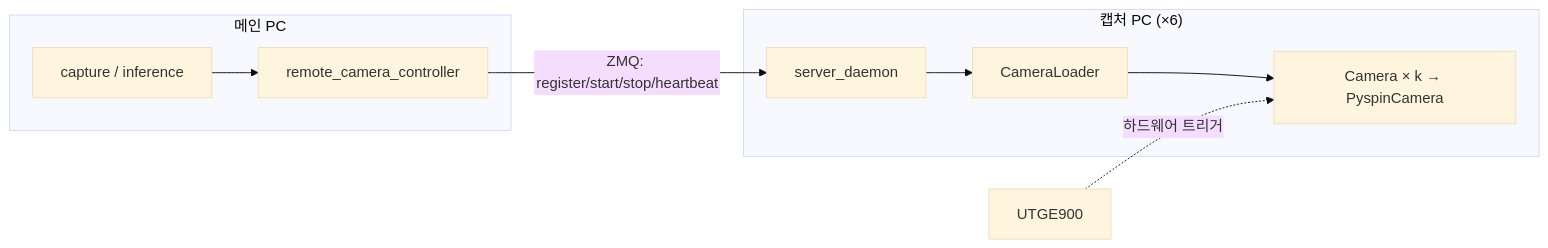
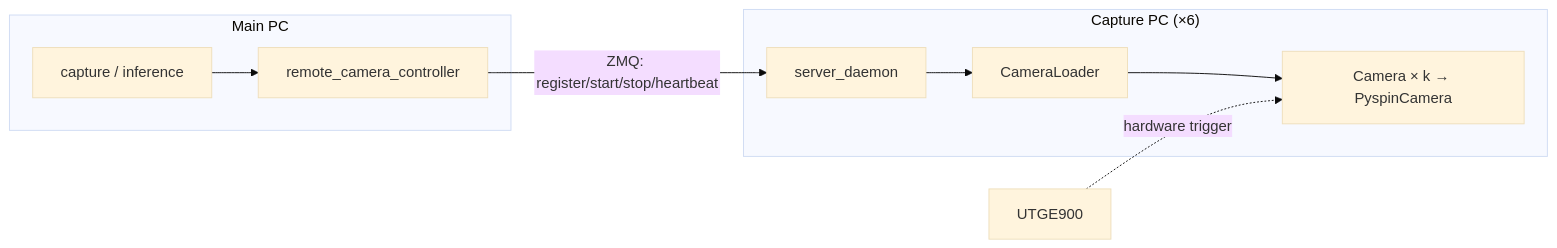
The first of 7 diagrams in docs/camera_system.md (willi19/paradex), drawn with Mermaid (base theme) before and after one commit. The commit also changed other lines of this file and 3 other files, not shown here.

````diff
--- a/docs/camera_system.md
+++ b/docs/camera_system.md
@@ -19,17 +21,17 @@
 ```{mermaid}
 flowchart LR
-    subgraph Main["메인 PC"]
+    subgraph Main["Main PC"]
       ORCH["capture / inference"]
       RCC["remote_camera_controller"]
       ORCH --> RCC
     end
-    subgraph Cap["캡처 PC (×6)"]
+    subgraph Cap["Capture PC (×6)"]
       D["server_daemon"]
       CL["CameraLoader"]
       CAM["Camera × k → PyspinCamera"]
       D --> CL --> CAM
     end
     GEN["UTGE900"]
     RCC -- "ZMQ: register/start/stop/heartbeat" --> D
-    GEN -. "하드웨어 트리거" .-> CAM
+    GEN -. "hardware trigger" .-> CAM
 ```
````
